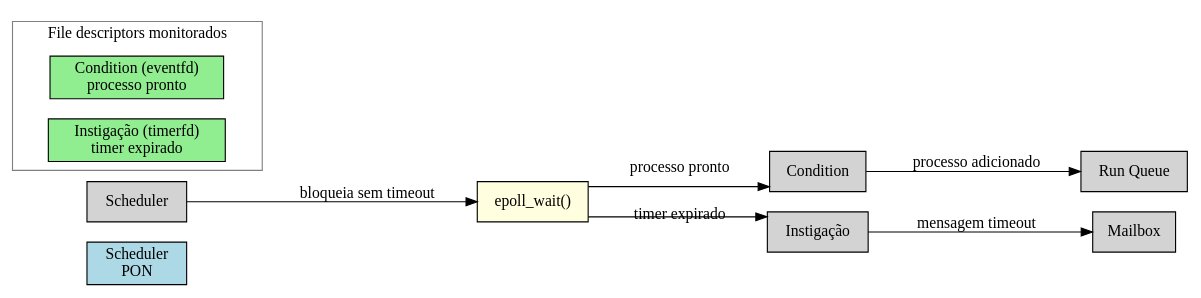
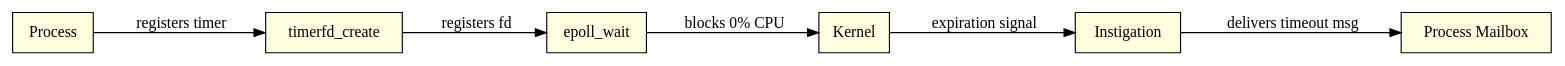
The diagram in book/src/chapters/05-pon-timer.md (matheuscamarques/pon_beam), drawn with Graphviz before and after one commit. The commit also changed other lines of this file and 45 other files, not shown here.

````diff
--- a/book/src/chapters/05-pon-timer.md
+++ b/book/src/chapters/05-pon-timer.md
@@ -373,21 +37,12 @@
-```dot PON-Scheduler: epoll unificado
-digraph pon_scheduler_epoll {
+```dot
+digraph pon_timer {
   rankdir=LR; splines=ortho;
-  node [shape=box, style=filled]
+  node [shape=box, style=filled, fillcolor=lightyellow]
 
-  "Scheduler\nPON" [fillcolor=lightblue]
-  "epoll_wait()" [fillcolor=lightyellow]
-
-  subgraph cluster_fds {
-    label="File descriptors monitorados"; color=gray;
-    "Condition\n(eventfd)" [fillcolor=lightgreen, label="Condition (eventfd)\nprocesso pronto"]
-    "Instigação\n(timerfd)" [fillcolor=lightgreen, label="Instigação (timerfd)\ntimer expirado"]
-  }
-
-  "Scheduler" -> "epoll_wait()" [label="  bloqueia sem timeout"]
-  "epoll_wait()" -> "Condition" [label="  processo pronto"]
-  "epoll_wait()" -> "Instigação" [label="  timer expirado"]
-  "Condition" -> "Run Queue" [label="  processo adicionado"]
-  "Instigação" -> "Mailbox" [label="  mensagem timeout"]
+  "Process" -> "timerfd_create" [label="  registers timer"]
+  "timerfd_create" -> "epoll_wait" [label="  registers fd"]
+  "epoll_wait" -> "Kernel" [label="  blocks 0% CPU"]
+  "Kernel" -> "Instigation" [label="  expiration signal"]
+  "Instigation" -> "Process Mailbox" [label="  delivers timeout msg"]
 }
 ```
````
